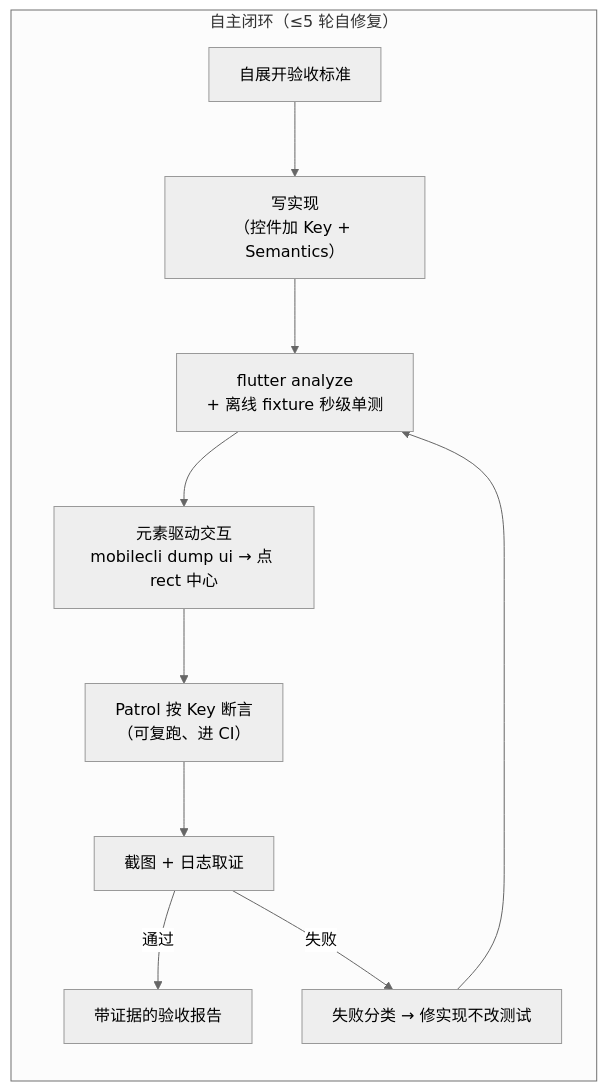
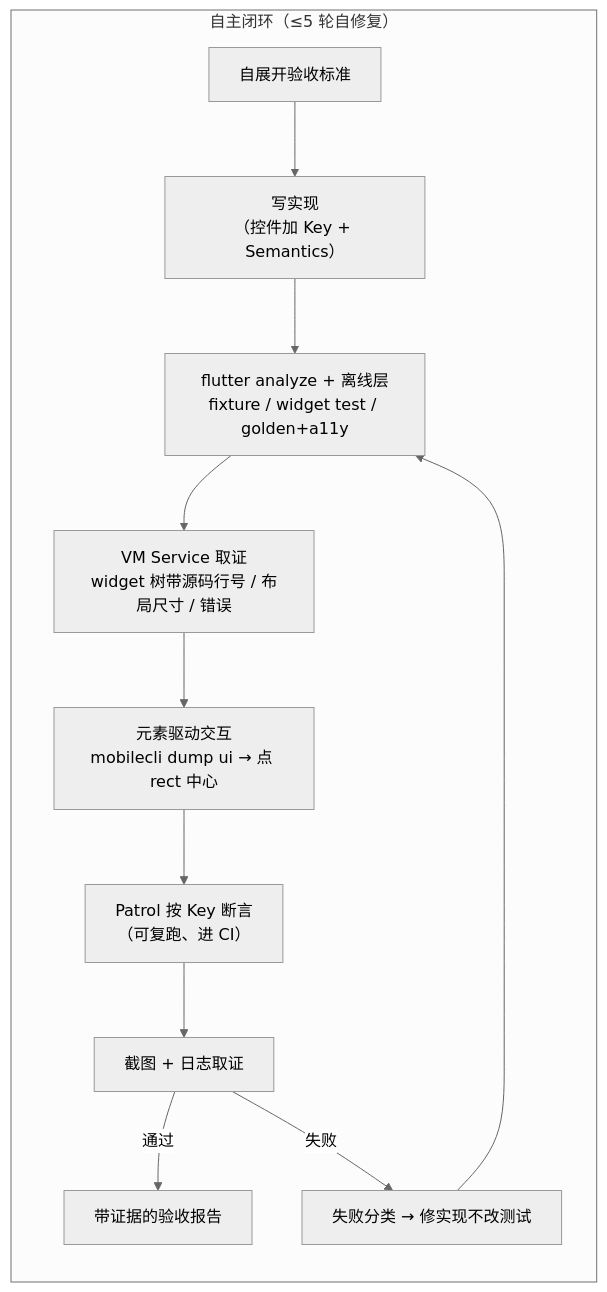
The diagram in README.zh-CN.md (z-chu/flutter-autonomous-skill), drawn with Mermaid (neutral theme) before and after one commit. The commit also changed other lines of this file and 11 other files, not shown here.

````diff
--- a/README.zh-CN.md
+++ b/README.zh-CN.md
@@ -134,12 +134,13 @@
 ```mermaid
 flowchart LR
     subgraph loop["自主闭环（≤5 轮自修复）"]
         A[自展开验收标准] --> B["写实现<br/>（控件加 Key + Semantics）"]
-        B --> C["flutter analyze<br/>+ 离线 fixture 秒级单测"]
-        C --> D["元素驱动交互<br/>mobilecli dump ui → 点 rect 中心"]
-        D --> E["Patrol 按 Key 断言<br/>（可复跑、进 CI）"]
-        E --> F[截图 + 日志取证]
-        F -->|通过| G[带证据的验收报告]
-        F -->|失败| H[失败分类 → 修实现不改测试] --> C
+        B --> C["flutter analyze + 离线层<br/>fixture / widget test / golden+a11y"]
+        C --> D["VM Service 取证<br/>widget 树带源码行号 / 布局尺寸 / 错误"]
+        D --> E["元素驱动交互<br/>mobilecli dump ui → 点 rect 中心"]
+        E --> F["Patrol 按 Key 断言<br/>（可复跑、进 CI）"]
+        F --> G[截图 + 日志取证]
+        G -->|通过| H[带证据的验收报告]
+        G -->|失败| I[失败分类 → 修实现不改测试] --> C
     end
 ```
````
